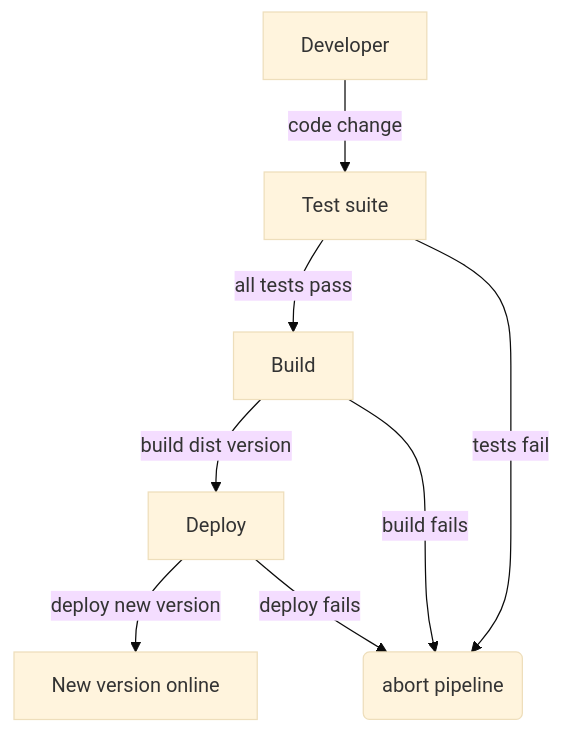
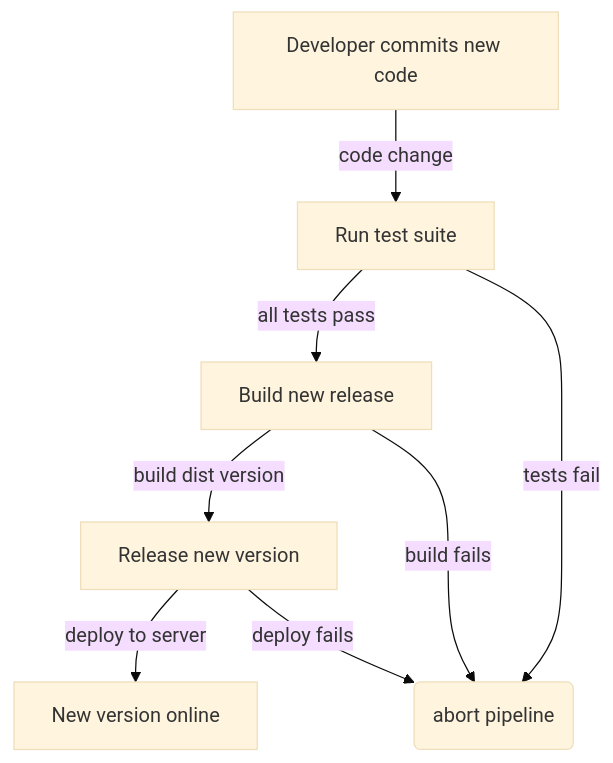
One commit to fabrik42/ci-example changed the diagram in README.org. Above: the diagram before and after it, drawn with Mermaid (base theme). The commit also changed other lines of this file, not shown here.

```diff
--- a/README.org
+++ b/README.org
@@ -2,10 +6,10 @@
 #+begin_src mermaid :file pipeline.png
 graph TD
-    S[Developer] -->|code change| A[Test suite]
-    A -->|all tests pass| B[Build]
+    S[Developer commits new code] -->|code change| A[Run test suite]
+    A -->|all tests pass| B[Build new release]
     A -->|tests fail| F(abort pipeline)
-    B -->|build dist version| C[Deploy]
+    B -->|build dist version| C[Release new version]
     B -->|build fails| F
-    C -->|deploy new version| D[New version online]
+    C -->|deploy to server| D[New version online]
     C -->|deploy fails| F
 #+end_src
```
